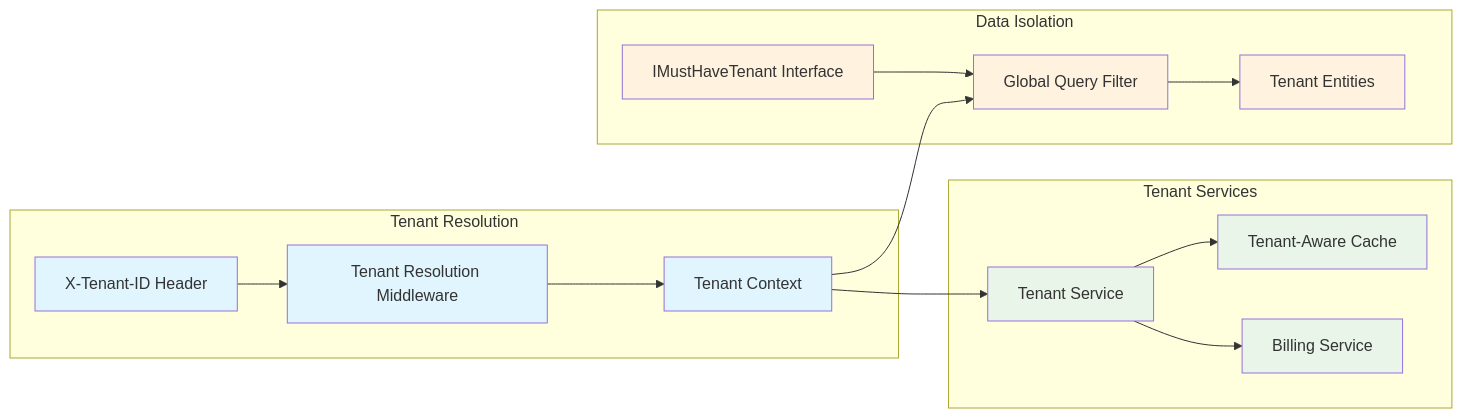
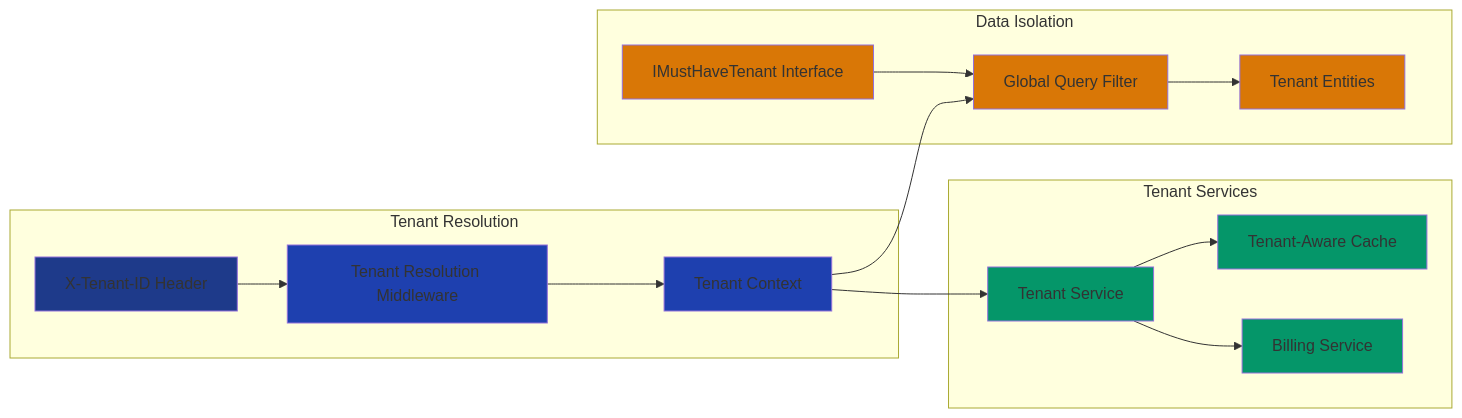
The fourth of 11 diagrams in README.md (nithinmohantk/dotnet-multi-tenant-saas-boilerplate-with-advanced-features), drawn with Mermaid before and after one commit. The commit also changed other lines of this file, not shown here.

````diff
--- a/README.md
+++ b/README.md
@@ -327,39 +334,39 @@
 ```mermaid
 graph LR
     subgraph "Tenant Resolution"
         Header[X-Tenant-ID Header]
         Middleware[Tenant Resolution Middleware]
         Context[Tenant Context]
     end
     
     subgraph "Data Isolation"
         IMustHaveTenant[IMustHaveTenant Interface]
         GlobalFilter[Global Query Filter]
         TenantEntities[Tenant Entities]
     end
     
     subgraph "Tenant Services"
         TenantService[Tenant Service]
         CacheService[Tenant-Aware Cache]
         BillingService[Billing Service]
     end
     
     Header --> Middleware
     Middleware --> Context
     Context --> GlobalFilter
     IMustHaveTenant --> GlobalFilter
     GlobalFilter --> TenantEntities
     Context --> TenantService
     TenantService --> CacheService
     TenantService --> BillingService
     
-    style Header fill:#e1f5fe
-    style Middleware fill:#e1f5fe
-    style Context fill:#e1f5fe
-    style IMustHaveTenant fill:#fff3e0
-    style GlobalFilter fill:#fff3e0
-    style TenantEntities fill:#fff3e0
-    style TenantService fill:#e8f5e8
-    style CacheService fill:#e8f5e8
-    style BillingService fill:#e8f5e8
+    style Header fill:#1e3a8a
+    style Middleware fill:#1e40af
+    style Context fill:#1e40af
+    style IMustHaveTenant fill:#d97706
+    style GlobalFilter fill:#d97706
+    style TenantEntities fill:#d97706
+    style TenantService fill:#059669
+    style CacheService fill:#059669
+    style BillingService fill:#059669
 ```
````
